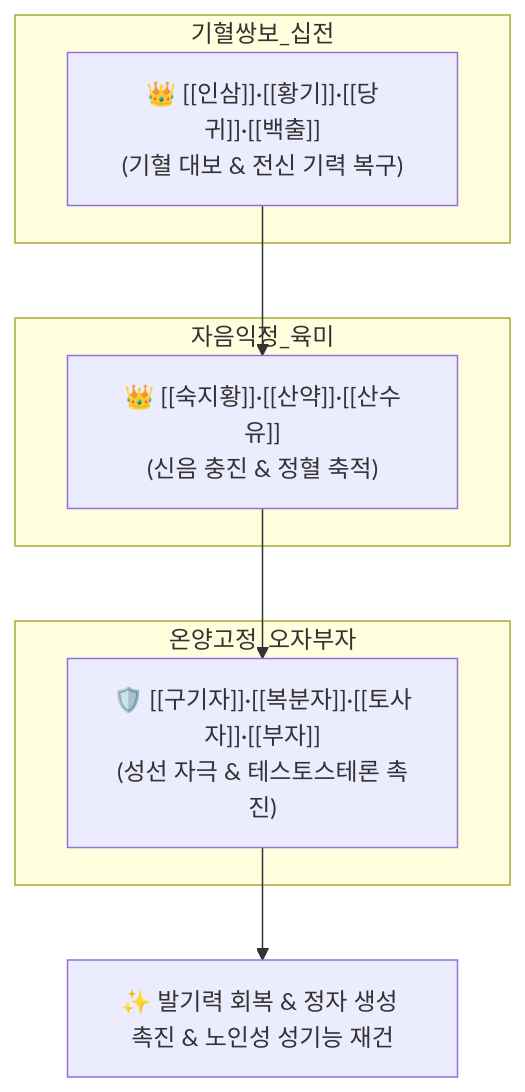
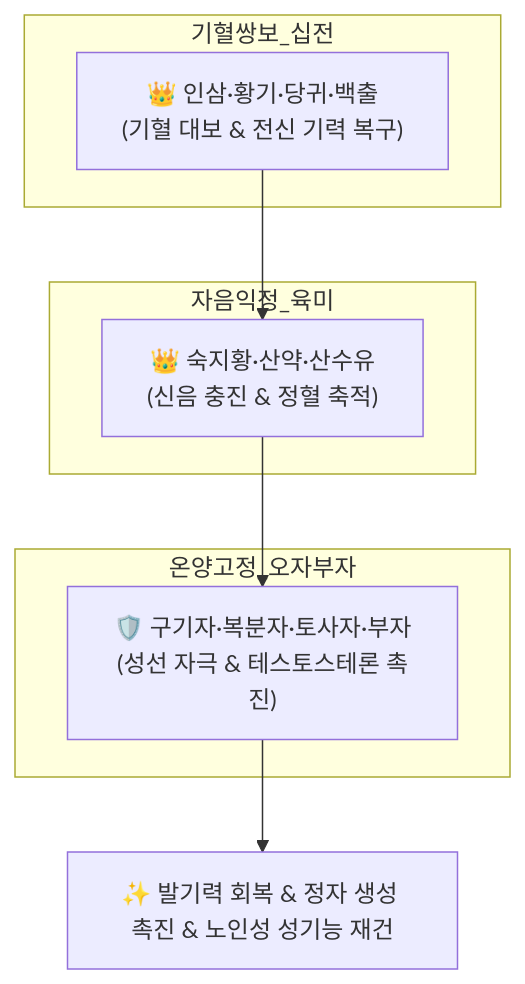
One commit to simbio11/simbio-digital-garden2 changed the diagram in content/2. 약리 공부/처방/02_보익제/음양쌍보탕.md. Above: the diagram before and after it, drawn with Mermaid. The commit also changed other lines of this file and 323 other files, not shown here.

````diff
--- a/content/2. 약리 공부/처방/02_보익제/음양쌍보탕.md
+++ b/content/2. 약리 공부/처방/02_보익제/음양쌍보탕.md
@@ -52,15 +54,15 @@
 ```mermaid
 graph TD
     subgraph 기혈쌍보_십전
-        SJ["👑 [[인삼]]·[[황기]]·[[당귀]]·[[백출]]<br>(기혈 대보 & 전신 기력 복구)"]
+        SJ["👑 인삼·황기·당귀·백출<br>(기혈 대보 & 전신 기력 복구)"]
     end
     subgraph 자음익정_육미
-        YM["👑 [[숙지황]]·[[산약]]·[[산수유]]<br>(신음 충진 & 정혈 축적)"]
+        YM["👑 숙지황·산약·산수유<br>(신음 충진 & 정혈 축적)"]
     end
     subgraph 온양고정_오자부자
-        OJ["🛡️ [[구기자]]·[[복분자]]·[[토사자]]·[[부자]]<br>(성선 자극 & 테스토스테론 촉진)"]
+        OJ["🛡️ 구기자·복분자·토사자·부자<br>(성선 자극 & 테스토스테론 촉진)"]
     end
     SJ --> YM
     YM --> OJ
     OJ --> Target["✨ 발기력 회복 & 정자 생성 촉진 & 노인성 성기능 재건"]
 ```
````
